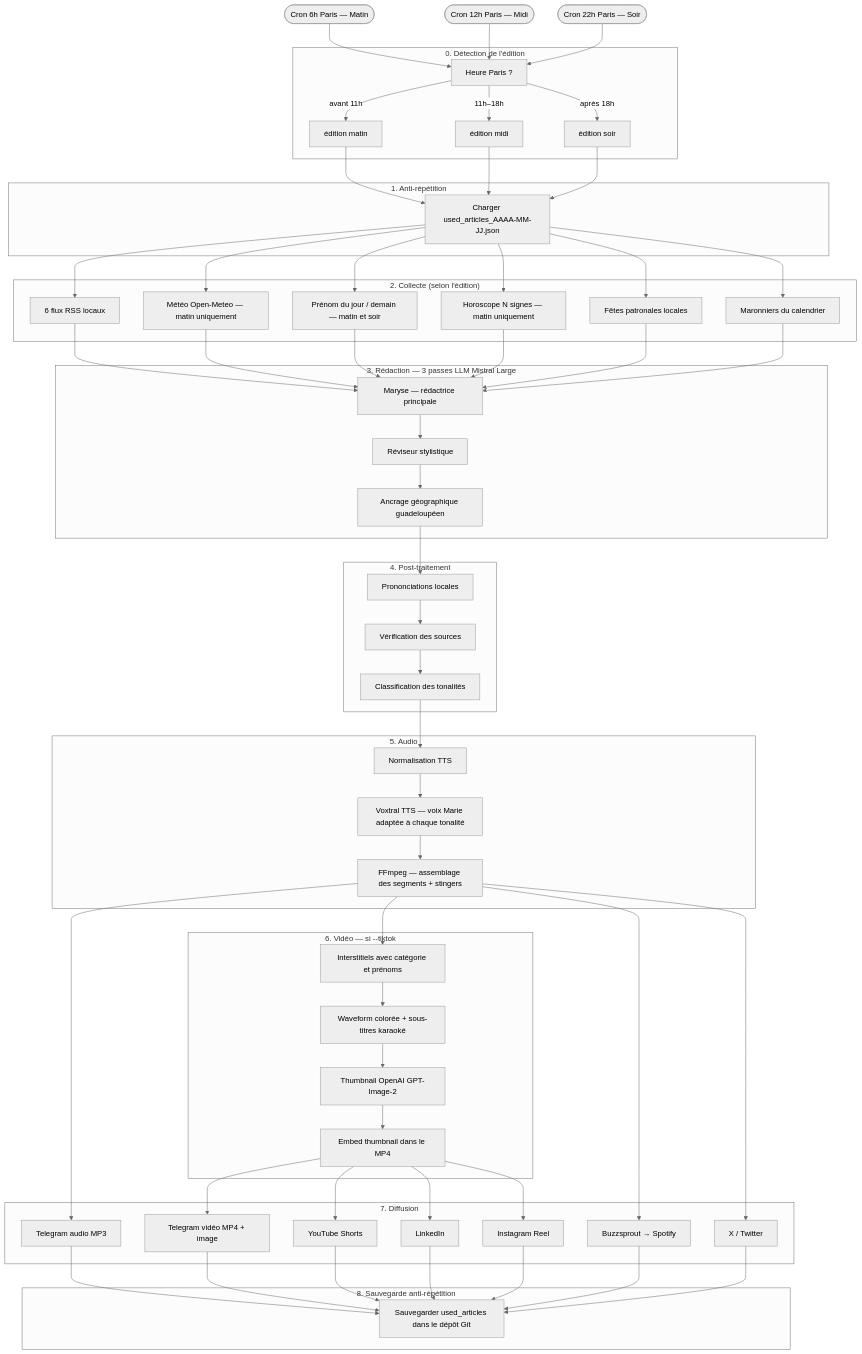
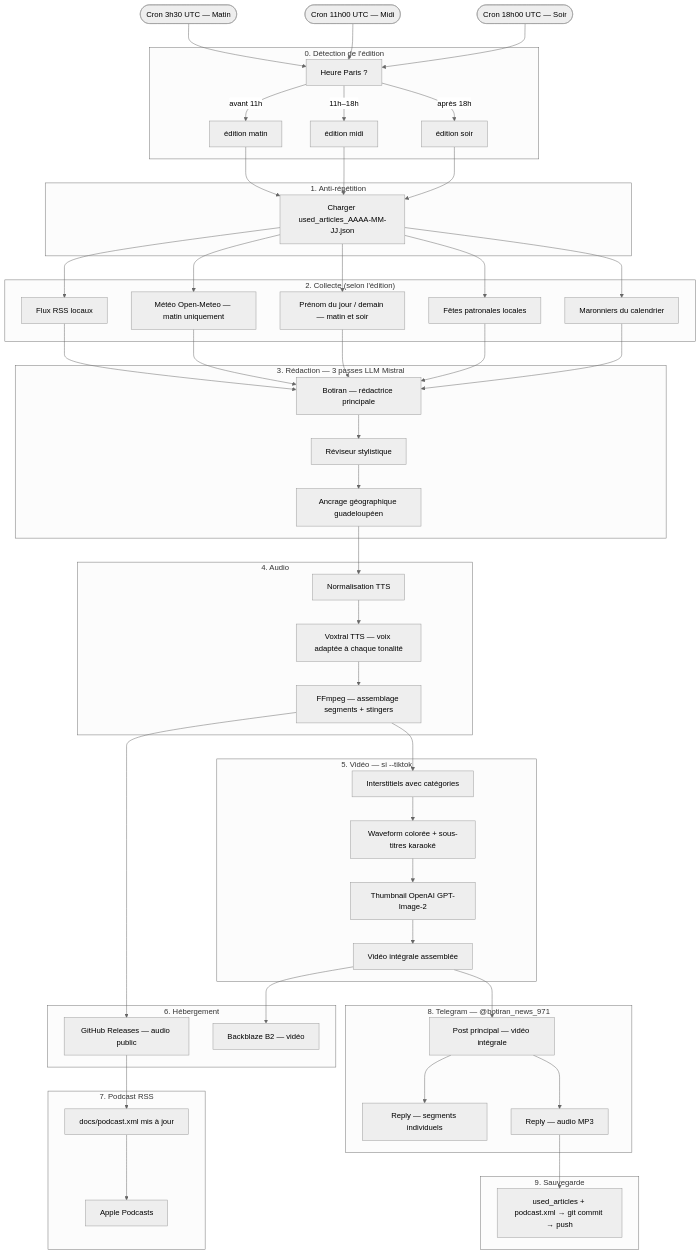
The diagram in README.md (famibelle/FlashInfoKarukera), drawn with Mermaid (neutral theme) before and after one commit. The commit also changed other lines of this file, not shown here.

First line of the commit message:
docs(readme): mise à jour complète — GitHub Releases, podcast unifié, Telegram threading

````diff
--- a/README.md
+++ b/README.md
@@ -961,64 +705,63 @@
 ```mermaid
 flowchart TD
-    A1([Cron 6h Paris — Matin]) --> B
-    A2([Cron 12h Paris — Midi]) --> B
-    A3([Cron 22h Paris — Soir]) --> B
+    A1([Cron 3h30 UTC — Matin]) --> B
+    A2([Cron 11h00 UTC — Midi]) --> B
+    A3([Cron 18h00 UTC — Soir]) --> B
 
     subgraph EDITION["0. Détection de l'édition"]
         B[Heure Paris ?] -->|avant 11h| E1[édition matin]
         B -->|11h–18h| E2[édition midi]
         B -->|après 18h| E3[édition soir]
     end
 
     subgraph ANTI["1. Anti-répétition"]
         E1 & E2 & E3 --> AR[Charger used_articles_AAAA-MM-JJ.json]
     end
 
     subgraph COLLECTE["2. Collecte (selon l'édition)"]
-        AR --> N[6 flux RSS locaux]
+        AR --> N[Flux RSS locaux]
         AR --> M[Météo Open-Meteo — matin uniquement]
         AR --> P[Prénom du jour / demain — matin et soir]
-        AR --> H[Horoscope N signes — matin uniquement]
         AR --> FP[Fêtes patronales locales]
         AR --> MR[Maronniers du calendrier]
     end
 
-    subgraph REDACTION["3. Rédaction — 3 passes LLM Mistral Large"]
-        N & M & P & H & FP & MR --> R1[Maryse — rédactrice principale]
+    subgraph REDACTION["3. Rédaction — 3 passes LLM Mistral"]
+        N & M & P & FP & MR --> R1[Botiran — rédactrice principale]
         R1 --> R2[Réviseur stylistique]
         R2 --> R3[Ancrage géographique guadeloupéen]
     end
 
-    subgraph POSTPROCESS["4. Post-traitement"]
-        R3 --> PP1[Prononciations locales]
-        PP1 --> PP2[Vérification des sources]
-        PP2 --> PP3[Classification des tonalités]
+    subgraph AUDIO["4. Audio"]
+        R3 --> A4[Normalisation TTS]
+        A4 --> A5[Voxtral TTS — voix adaptée à chaque tonalité]
+        A5 --> A6[FFmpeg — assemblage segments + stingers]
     end
 
-    subgraph AUDIO["5. Audio"]
-        PP3 --> A4[Normalisation TTS]
-        A4 --> A5[Voxtral TTS — voix Marie adaptée à chaque tonalité]
-        A5 --> A6[FFmpeg — assemblage des segments + stingers]
+    subgraph VIDEO["5. Vidéo — si --tiktok"]
+        A6 --> V1[Interstitiels avec catégories]
+        V1 --> V2[Waveform colorée + sous-titres karaoké]
+        V2 --> V3[Thumbnail OpenAI GPT-Image-2]
+        V3 --> V4[Vidéo intégrale assemblée]
     end
 
-    subgraph VIDEO["6. Vidéo — si --tiktok"]
-        A6 --> V1[Interstitiels avec catégorie et prénoms]
-        V1 --> V2[Waveform colorée + sous-titres karaoké]
-        V2 --> V3[Thumbnail OpenAI GPT-Image-2]
-        V3 --> V4[Embed thumbnail dans le MP4]
+    subgraph HOSTING["6. Hébergement"]
+        A6 --> H1[GitHub Releases — audio public]
+        V4 --> H2[Backblaze B2 — vidéo]
     end
 
-    subgraph DIFFUSION["7. Diffusion"]
-        A6 --> D1[Telegram audio MP3]
-        V4 --> D2[Telegram vidéo MP4 + image]
-        V4 --> D3[YouTube Shorts]
-        V4 --> D4[LinkedIn]
-        V4 --> D5[Instagram Reel]
-        A6 --> D6[Buzzsprout → Spotify]
-        A6 --> D7[X / Twitter]
+    subgraph RSS["7. Podcast RSS"]
+        H1 --> RSS1[docs/podcast.xml mis à jour]
+        RSS1 --> RSS2[Apple Podcasts]
     end
 
-    subgraph MEMOIRE["8. Sauvegarde anti-répétition"]
-        D1 & D2 & D3 & D4 & D5 & D6 & D7 --> S[Sauvegarder used_articles dans le dépôt Git]
+    subgraph TELEGRAM["8. Telegram — @botiran_news_971"]
+        V4 --> TG1[Post principal — vidéo intégrale]
+        TG1 --> TG2[Reply — segments individuels]
+        TG1 --> TG3[Reply — audio MP3]
+    end
+
+    subgraph MEMOIRE["9. Sauvegarde"]
+        TG3 --> S[used_articles + podcast.xml → git commit → push]
     end
 ```
````
